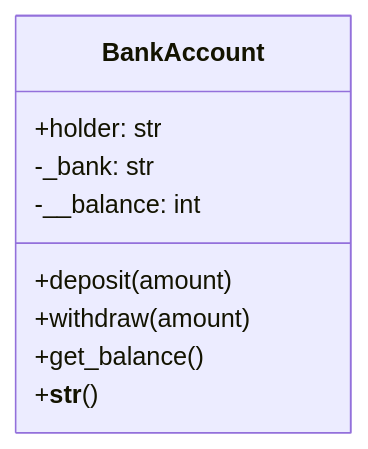
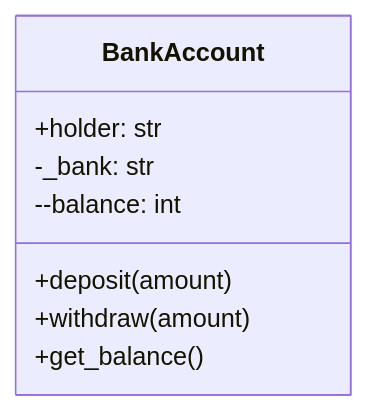
Before and after one commit to Lagmouchyoussef/Python-Practical-Works: the first of 3 diagrams in README.md, drawn with Mermaid. The commit also changed other lines of this file, not shown here.

````diff
--- a/README.md
+++ b/README.md
@@ -245,12 +280,11 @@
 ```mermaid
 classDiagram
     class BankAccount {
         +holder: str
         -_bank: str
-        -__balance: int
+        --balance: int
         +deposit(amount)
         +withdraw(amount)
         +get_balance()
-        +__str__()
     }
 ```
````
